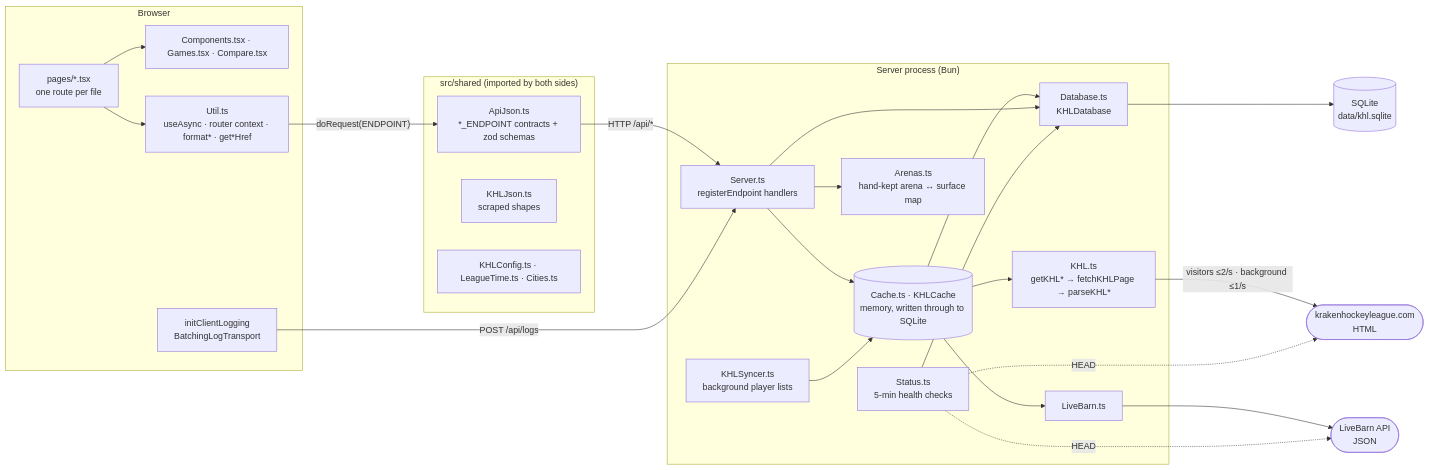
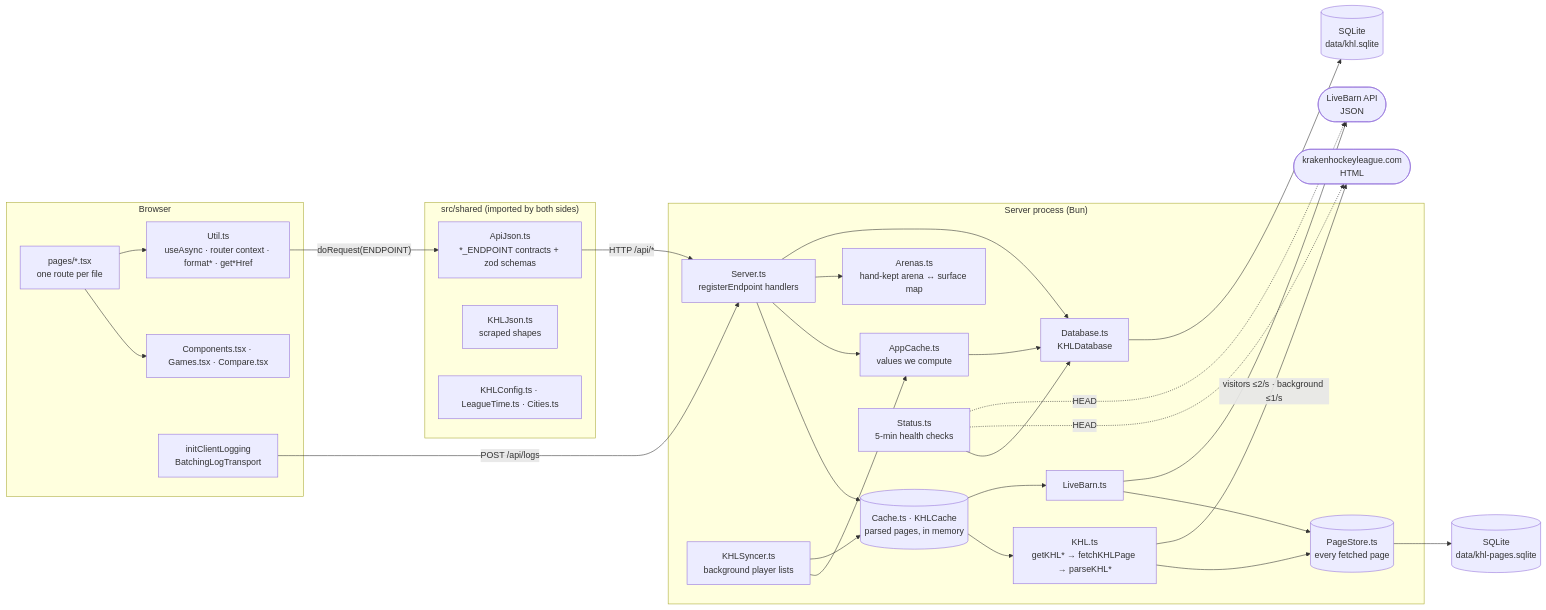
The first of 7 diagrams in projects/khl/ARCHITECTURE.md (dvdzkwsk/dvdzkwsk), drawn with Mermaid before and after one commit. The commit also changed other lines of this file and 17 other files, not shown here.

````diff
--- a/projects/khl/ARCHITECTURE.md
+++ b/projects/khl/ARCHITECTURE.md
@@ -5,49 +5,57 @@
 ```mermaid
 flowchart LR
     subgraph Browser
         Pages["pages/*.tsx<br/>one route per file"]
         UI["Components.tsx · Games.tsx · Compare.tsx"]
         Util["Util.ts<br/>useAsync · router context · format* · get*Href"]
         ClientLog["initClientLogging<br/>BatchingLogTransport"]
         Pages --> UI
         Pages --> Util
     end
 
     subgraph Shared["src/shared (imported by both sides)"]
         ApiJson["ApiJson.ts<br/>*_ENDPOINT contracts + zod schemas"]
         KHLJson["KHLJson.ts<br/>scraped shapes"]
         Config["KHLConfig.ts · LeagueTime.ts · Cities.ts"]
     end
 
     subgraph Server["Server process (Bun)"]
         Express["Server.ts<br/>registerEndpoint handlers"]
-        Cache[("Cache.ts · KHLCache<br/>memory, written through to SQLite")]
+        Cache[("Cache.ts · KHLCache<br/>parsed pages, in memory")]
+        PageStore[("PageStore.ts<br/>every fetched page")]
+        AppCache["AppCache.ts<br/>values we compute"]
         Syncer["KHLSyncer.ts<br/>background player lists"]
         KHL["KHL.ts<br/>getKHL* → fetchKHLPage → parseKHL*"]
         LB["LiveBarn.ts"]
         Arenas["Arenas.ts<br/>hand-kept arena ↔ surface map"]
         DB["Database.ts<br/>KHLDatabase"]
         Status["Status.ts<br/>5-min health checks"]
     end
 
     SQLite[("SQLite<br/>data/khl.sqlite")]
+    PagesDB[("SQLite<br/>data/khl-pages.sqlite")]
     KHLSite(["krakenhockeyleague.com<br/>HTML"])
     LBAPI(["LiveBarn API<br/>JSON"])
 
     Util -- "doRequest(ENDPOINT)" --> ApiJson
     ApiJson -- "HTTP /api/*" --> Express
     ClientLog -- "POST /api/logs" --> Express
     Express --> Cache
+    Express --> AppCache
+    Syncer --> AppCache
     Syncer --> Cache
-    Cache --> DB
+    AppCache --> DB
     Cache --> KHL
     Cache --> LB
+    KHL --> PageStore
+    LB --> PageStore
+    PageStore --> PagesDB
     Express --> Arenas
     Express --> DB
     Status --> DB
     DB --> SQLite
     KHL -- "visitors ≤2/s · background ≤1/s" --> KHLSite
     LB --> LBAPI
     Status -. "HEAD" .-> KHLSite
     Status -. "HEAD" .-> LBAPI
 ```
````
